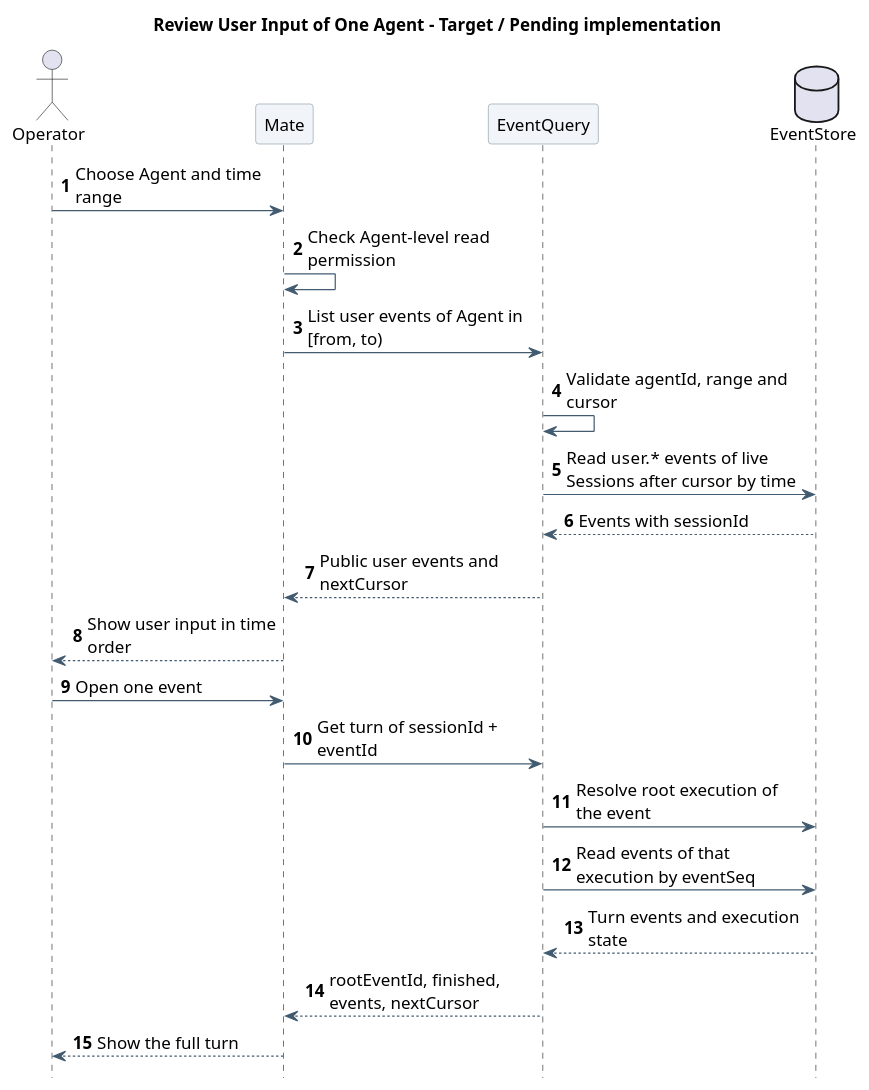
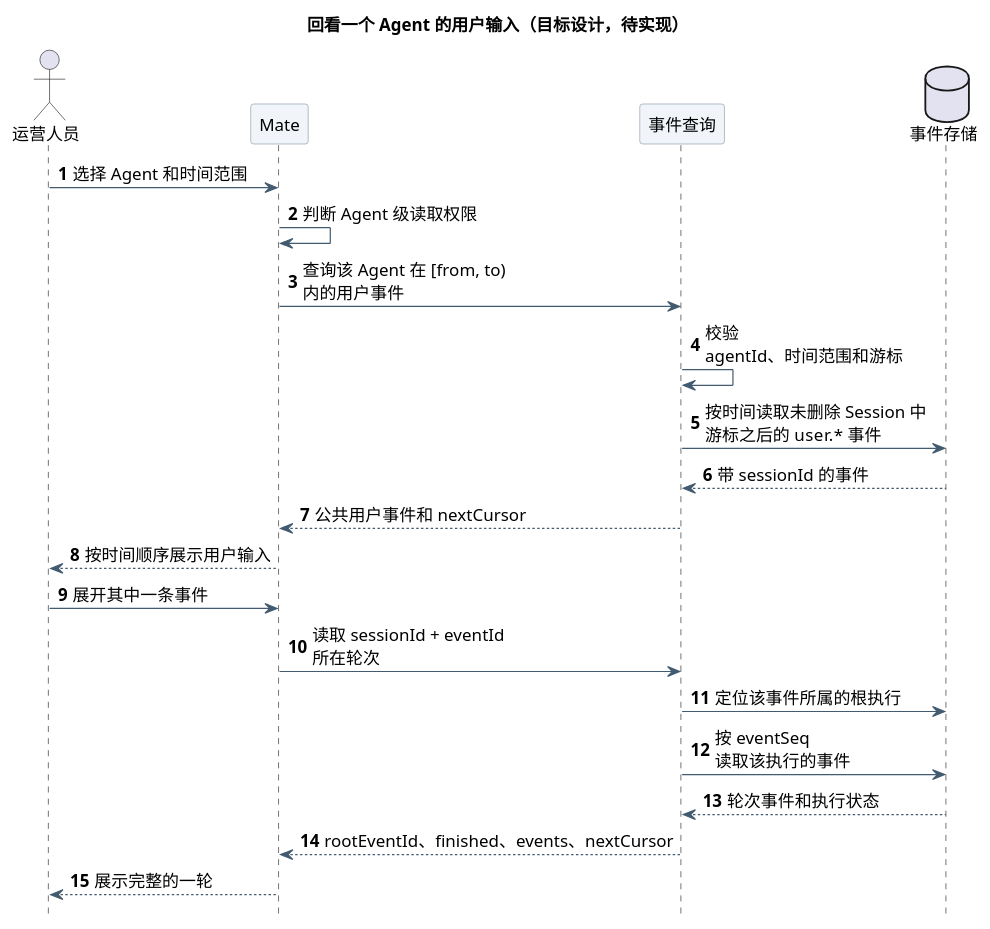
One commit to ssm0808/pi-mono-java-design changed the first of 3 diagrams in 01-总体架构/01-CampusClaw多Agent运行时/设计图/Agent用户事件查询/diagram.puml. Above: the diagram before and after it, drawn with PlantUML. The commit also changed other lines of this file and 7 other files, not shown here.

```diff
--- a/01-总体架构/01-CampusClaw多Agent运行时/设计图/Agent用户事件查询/diagram.puml
+++ b/01-总体架构/01-CampusClaw多Agent运行时/设计图/Agent用户事件查询/diagram.puml
@@ -1,42 +1,42 @@
 @startuml agent_user_events_overview
-' Source evidence: pi-mono-java main 769e86592285f4a25b0febaf551eddea6bc7212c
+' 源码证据：pi-mono-java main 769e86592285f4a25b0febaf551eddea6bc7212c
 ' modules/coding-agent-cli/src/main/java/com/campusclaw/codingagent/runtimeapi/
 ' web/RuntimeEventController.java:list
 ' event/CommittedEventQueryService.java:list,pageOf
 ' event/CommittedEventProjection.java:project
 ' persistence/MyBatisRuntimeExecutionControlRepository.java:linkCommittedEvent
-' Observed behavior: events are read per Session only; turns exist as root executions and segment links.
-' Design reason: Mate reviews user input per Agent first, then opens one turn on demand.
-' Pending implementation: both read operations and the agent_id event index.
+' 已观察行为：事件只能按单个 Session 读取；轮次以根执行和结果段关联的形式存在。
+' 设计原因：Mate 先按 Agent 回看用户输入，再按需展开其中一轮。
+' 待实现：两个读取接口和事件表 agent_id 索引。
 skinparam backgroundColor white
 skinparam defaultFontName SansSerif
 skinparam defaultFontSize 14
 skinparam shadowing false
 skinparam ArrowColor #425B70
 skinparam sequenceParticipantBackgroundColor #F1F5F9
 skinparam sequenceParticipantBorderColor #8496A4
 skinparam sequenceMessageAlign left
 skinparam maxMessageSize 190
 hide footbox
 autonumber
-title Review User Input of One Agent - Target / Pending implementation
-actor "Operator" as Operator
+title 回看一个 Agent 的用户输入（目标设计，待实现）
+actor "运营人员" as Operator
 participant "Mate" as Mate
-participant "EventQuery" as Query
-database "EventStore" as Store
-Operator -> Mate : Choose Agent and time range
-Mate -> Mate : Check Agent-level read permission
-Mate -> Query : List user events of Agent in [from, to)
-Query -> Query : Validate agentId, range and cursor
-Query -> Store : Read user.* events of live Sessions after cursor by time
-Store --> Query : Events with sessionId
-Query --> Mate : Public user events and nextCursor
-Mate --> Operator : Show user input in time order
-Operator -> Mate : Open one event
-Mate -> Query : Get turn of sessionId + eventId
-Query -> Store : Resolve root execution of the event
-Query -> Store : Read events of that execution by eventSeq
-Store --> Query : Turn events and execution state
-Query --> Mate : rootEventId, finished, events, nextCursor
-Mate --> Operator : Show the full turn
+participant "事件查询" as Query
+database "事件存储" as Store
+Operator -> Mate : 选择 Agent 和时间范围
+Mate -> Mate : 判断 Agent 级读取权限
+Mate -> Query : 查询该 Agent 在 [from, to) 内的用户事件
+Query -> Query : 校验 agentId、时间范围和游标
+Query -> Store : 按时间读取未删除 Session 中\n游标之后的 user.* 事件
+Store --> Query : 带 sessionId 的事件
+Query --> Mate : 公共用户事件和 nextCursor
+Mate --> Operator : 按时间顺序展示用户输入
+Operator -> Mate : 展开其中一条事件
+Mate -> Query : 读取 sessionId + eventId 所在轮次
+Query -> Store : 定位该事件所属的根执行
+Query -> Store : 按 eventSeq 读取该执行的事件
+Store --> Query : 轮次事件和执行状态
+Query --> Mate : rootEventId、finished、events、nextCursor
+Mate --> Operator : 展示完整的一轮
 @enduml
```
